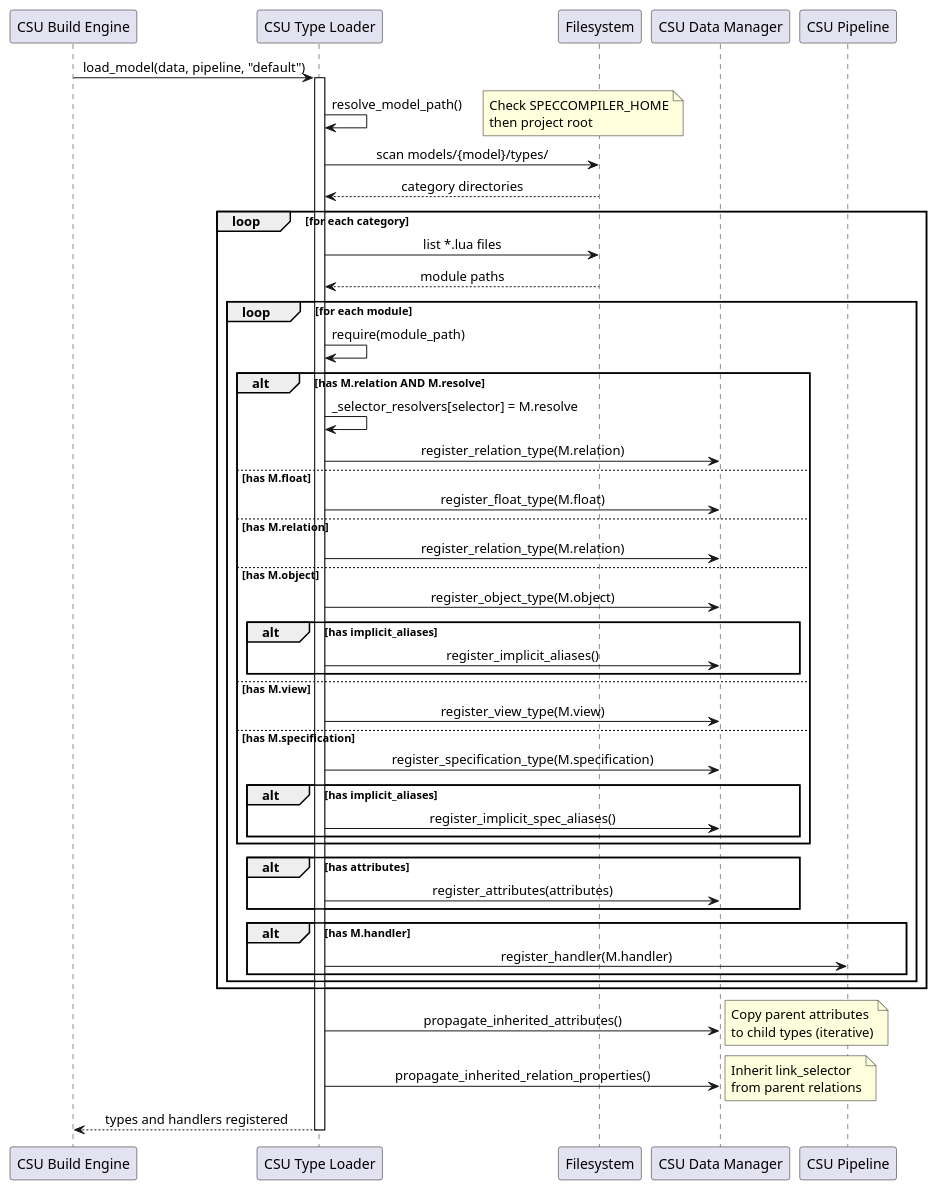
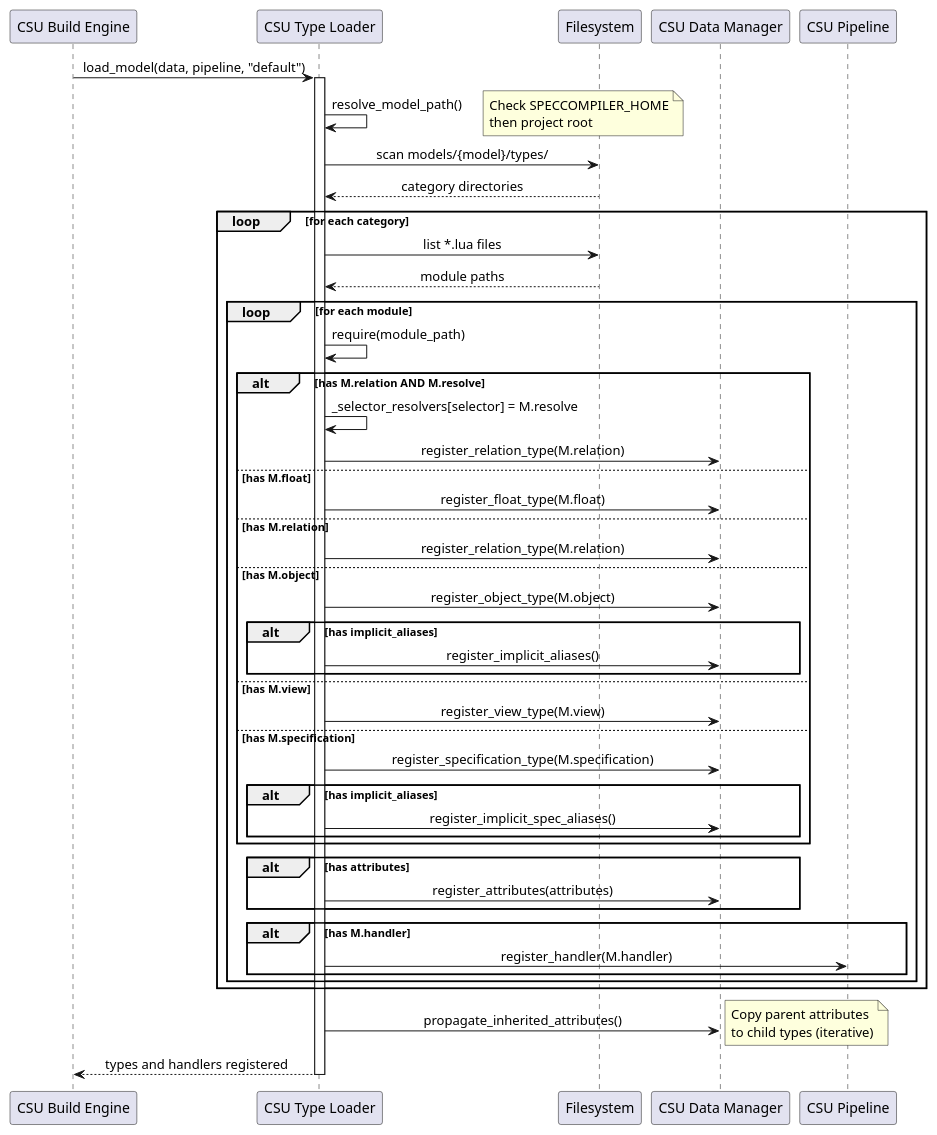
One commit to SpecIR/SpecCompiler changed the diagram in docs/engineering_docs/architecture/type_discovery_design.md. Above: the diagram before and after it, drawn with PlantUML. The commit also changed other lines of this file and 167 other files, not shown here.

````diff
--- a/docs/engineering_docs/architecture/type_discovery_design.md
+++ b/docs/engineering_docs/architecture/type_discovery_design.md
@@ -93,68 +115,65 @@
 ```puml:fd-002-type-discovery{caption="Type Model Discovery and Registration"}
 @startuml
 skinparam backgroundColor #FFFFFF
 skinparam sequenceMessageAlign center
 
 participant "CSU Build Engine" as E
 participant "CSU Type Loader" as TL
 participant "Filesystem" as FS
 participant "CSU Data Manager" as DB
 participant "CSU Pipeline" as P
 
 E -> TL: load_model(data, pipeline, "default")
 activate TL
 
 TL -> TL: resolve_model_path()
 note right: Check SPECCOMPILER_HOME\nthen project root
 
 TL -> FS: scan models/{model}/types/
 FS --> TL: category directories
 
 loop for each category
     TL -> FS: list *.lua files
     FS --> TL: module paths
 
     loop for each module
         TL -> TL: require(module_path)
 
         alt has M.relation AND M.resolve
             TL -> TL: _selector_resolvers[selector] = M.resolve
             TL -> DB: register_relation_type(M.relation)
         else has M.float
             TL -> DB: register_float_type(M.float)
         else has M.relation
             TL -> DB: register_relation_type(M.relation)
         else has M.object
             TL -> DB: register_object_type(M.object)
             alt has implicit_aliases
                 TL -> DB: register_implicit_aliases()
             end
         else has M.view
             TL -> DB: register_view_type(M.view)
         else has M.specification
             TL -> DB: register_specification_type(M.specification)
             alt has implicit_aliases
                 TL -> DB: register_implicit_spec_aliases()
             end
         end
 
         alt has attributes
             TL -> DB: register_attributes(attributes)
         end
 
         alt has M.handler
             TL -> P: register_handler(M.handler)
         end
     end
 end
 
 TL -> DB: propagate_inherited_attributes()
 note right: Copy parent attributes\nto child types (iterative)
 
-TL -> DB: propagate_inherited_relation_properties()
-note right: Inherit link_selector\nfrom parent relations
-
 TL --> E: types and handlers registered
 deactivate TL
 @enduml
 ```
````
